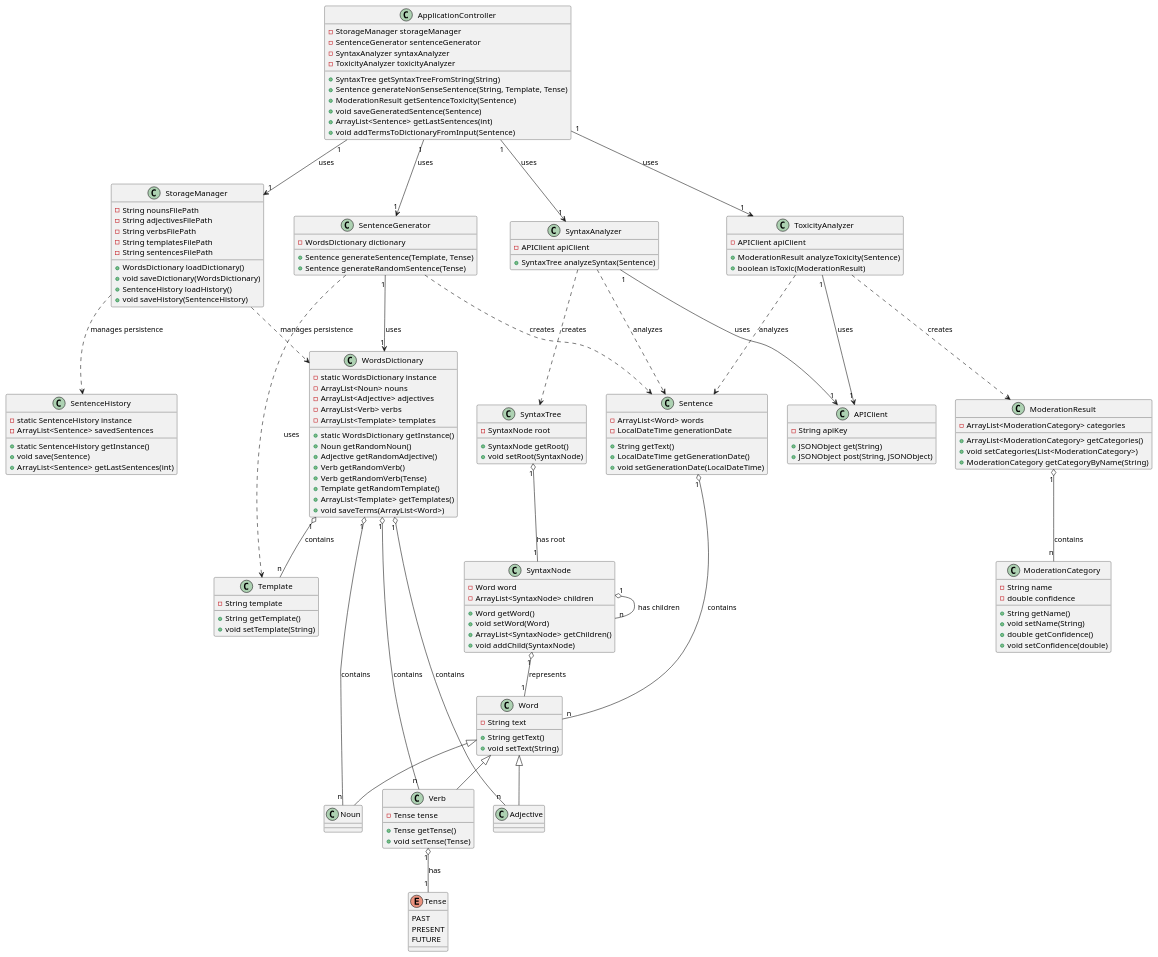
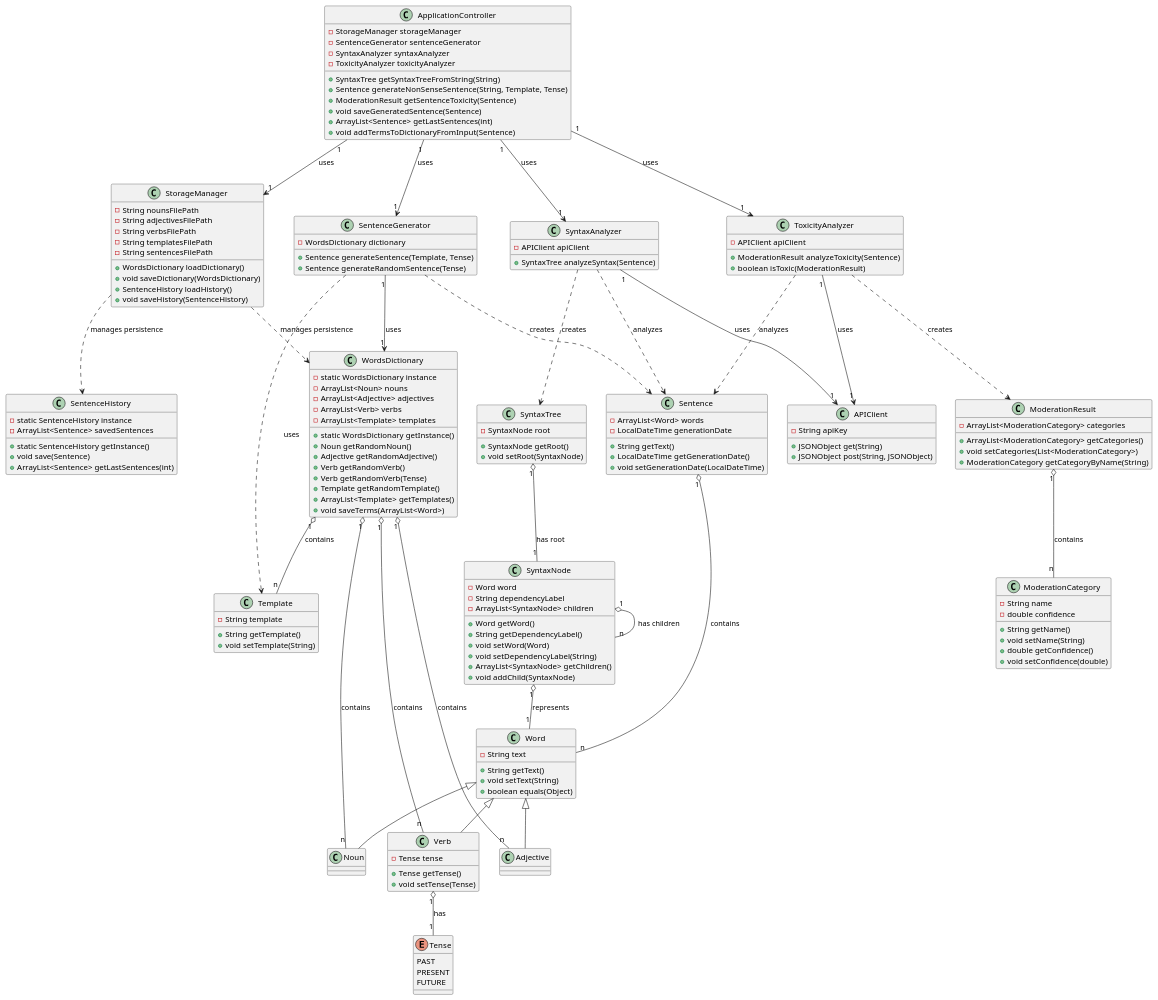
One commit to liamtoaldo/NonSenseGenerator changed the diagram in docs/diagrams/classmodel.plantuml. Above: the diagram before and after it, drawn with PlantUML. The commit also changed 2 other files, not shown here.

```diff
--- a/docs/diagrams/classmodel.plantuml
+++ b/docs/diagrams/classmodel.plantuml
@@ -1,183 +1,187 @@
 @startuml
 
 class Sentence {
     -ArrayList<Word> words
     -LocalDateTime generationDate
     +String getText()
     +LocalDateTime getGenerationDate()
     +void setGenerationDate(LocalDateTime)
 }
 
 enum Tense {
     PAST
     PRESENT
     FUTURE
 }
 
 class Word {
     -String text
     +String getText()
     +void setText(String)
+    +boolean equals(Object)
 }
 
 class Noun extends Word {
 }
 
 class Adjective extends Word {
 }
 
 class Verb extends Word {
     -Tense tense
     +Tense getTense()
     +void setTense(Tense)
 }
 
 class Template {
     -String template
     +String getTemplate()
     +void setTemplate(String)
 }
 
 ' WordsDictionary usa Design Pattern: Singleton
 class WordsDictionary {
     -static WordsDictionary instance
     -ArrayList<Noun> nouns
     -ArrayList<Adjective> adjectives
     -ArrayList<Verb> verbs
     -ArrayList<Template> templates
     +static WordsDictionary getInstance()
     +Noun getRandomNoun()
     +Adjective getRandomAdjective()
     +Verb getRandomVerb()
     +Verb getRandomVerb(Tense)
     +Template getRandomTemplate()
     +ArrayList<Template> getTemplates()
     +void saveTerms(ArrayList<Word>)
 }
 
 ' SentenceHistory usa Design Pattern: Singleton
 class SentenceHistory {
     -static SentenceHistory instance
     -ArrayList<Sentence> savedSentences
     +static SentenceHistory getInstance()
     +void save(Sentence)
     +ArrayList<Sentence> getLastSentences(int)
 }
 
 ' SentenceGenerator usa Design Pattern: Factory Method
 class SentenceGenerator {
     -WordsDictionary dictionary
     +Sentence generateSentence(Template, Tense)
     +Sentence generateRandomSentence(Tense)
 }
 
 ' StorageManager agisce come un Data Access Object (DAO) / Repository
 class StorageManager {
     -String nounsFilePath
     -String adjectivesFilePath
     -String verbsFilePath
     -String templatesFilePath
     -String sentencesFilePath
     +WordsDictionary loadDictionary()
     +void saveDictionary(WordsDictionary)
     +SentenceHistory loadHistory()
     +void saveHistory(SentenceHistory)
 }
 
 class APIClient {
     -String apiKey
     +JSONObject get(String)
     +JSONObject post(String, JSONObject)
 }
 
 ' SyntaxTree e SyntaxNode formano un pattern Composite
 class SyntaxTree {
     -SyntaxNode root
     +SyntaxNode getRoot()
     +void setRoot(SyntaxNode)
 }
 
 class SyntaxNode {
     -Word word
+    -String dependencyLabel
     -ArrayList<SyntaxNode> children
     +Word getWord()
+    +String getDependencyLabel()
     +void setWord(Word)
+    +void setDependencyLabel(String)
     +ArrayList<SyntaxNode> getChildren()
     +void addChild(SyntaxNode)
 }
 
 class SyntaxAnalyzer {
     -APIClient apiClient
     +SyntaxTree analyzeSyntax(Sentence)
 }
 
 class ModerationCategory {
     -String name
     -double confidence
     +String getName()
     +void setName(String)
     +double getConfidence()
     +void setConfidence(double)
 }
 
 class ModerationResult {
     -ArrayList<ModerationCategory> categories
     +ArrayList<ModerationCategory> getCategories()
     +void setCategories(List<ModerationCategory>)
     +ModerationCategory getCategoryByName(String)
 }
 
 class ToxicityAnalyzer {
     -APIClient apiClient
     +ModerationResult analyzeToxicity(Sentence)
     +boolean isToxic(ModerationResult)
 }
 
 ' ApplicationController implementa il pattern Controller e il pattern Facade
 class ApplicationController {
     -StorageManager storageManager
     -SentenceGenerator sentenceGenerator
     -SyntaxAnalyzer syntaxAnalyzer
     -ToxicityAnalyzer toxicityAnalyzer
     +SyntaxTree getSyntaxTreeFromString(String)
     +Sentence generateNonSenseSentence(String, Template, Tense)
     +ModerationResult getSentenceToxicity(Sentence)
     +void saveGeneratedSentence(Sentence)
     +ArrayList<Sentence> getLastSentences(int)
     +void addTermsToDictionaryFromInput(Sentence)
 }
 
 Sentence "1" o-- "n" Word : contains 
 Verb "1" o-- "1" Tense : has 
 WordsDictionary "1" o-- "n" Noun : contains 
 WordsDictionary "1" o-- "n" Adjective : contains 
 WordsDictionary "1" o-- "n" Verb : contains 
 
 WordsDictionary "1" o-- "n" Template : contains 
 SentenceGenerator "1" --> "1" WordsDictionary : uses 
 SentenceGenerator ..> Template : uses 
 SentenceGenerator ..> Sentence : creates 
 
 SyntaxAnalyzer "1" --> "1" APIClient : uses
 SyntaxAnalyzer ..> Sentence : analyzes
 SyntaxAnalyzer ..> SyntaxTree : creates
 
 ToxicityAnalyzer "1" --> "1" APIClient : uses
 ToxicityAnalyzer ..> Sentence : analyzes
 ToxicityAnalyzer ..> ModerationResult : creates
 
 StorageManager ..> WordsDictionary : manages persistence
 StorageManager ..> SentenceHistory : manages persistence
 
 ModerationResult "1" o-- "n" ModerationCategory : contains
 
 SyntaxTree "1" o-- "1" SyntaxNode : has root
 SyntaxNode "1" o-- "1" Word : represents
 SyntaxNode "1" o-- "n" SyntaxNode : has children
 
 ApplicationController "1" --> "1" StorageManager : uses
 ApplicationController "1" --> "1" SentenceGenerator : uses
 ApplicationController "1" --> "1" SyntaxAnalyzer : uses
 ApplicationController "1" --> "1" ToxicityAnalyzer : uses
 
 @enduml
```
